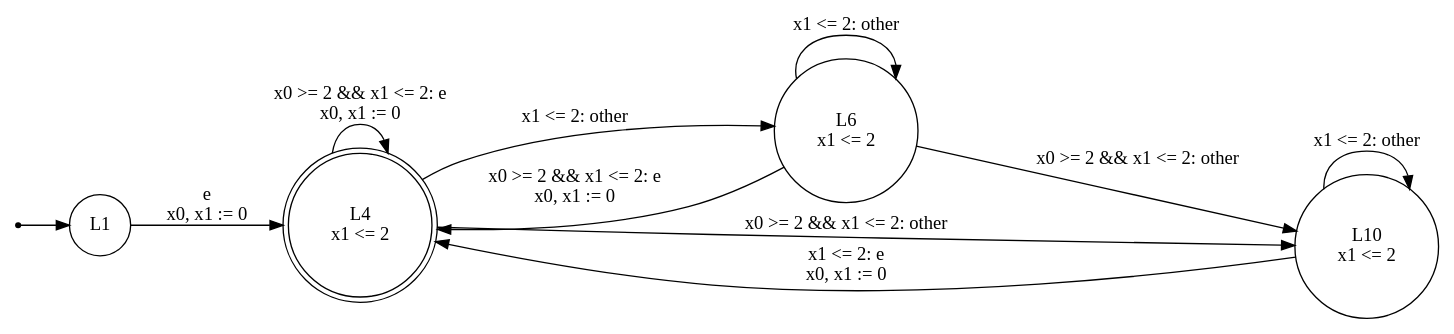
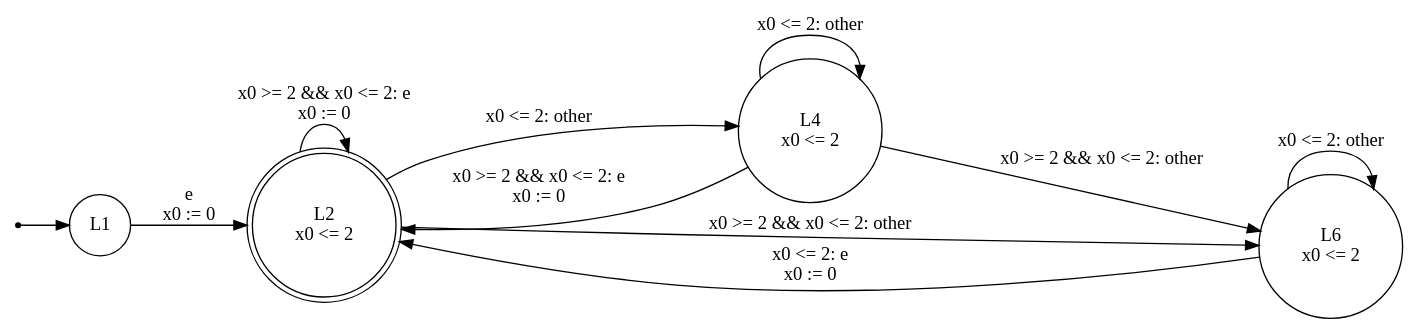
The diagram in evaluation/out/F13.dot (efares1/rocq-tba-optimization-uppaal-export), drawn with Graphviz before and after one commit. The commit also changed 268 other files, not shown here.

```diff
--- a/evaluation/out/F13.dot
+++ b/evaluation/out/F13.dot
@@ -1,19 +1,19 @@
 digraph TA {
   rankdir=LR;
   node [shape=circle];
   init [shape=point];
   init -> L1;
   L1 [shape=circle, label="L1"];
-  L4 [shape=doublecircle, label="L4\nx1 <= 2"];
-  L6 [shape=circle, label="L6\nx1 <= 2"];
-  L10 [shape=circle, label="L10\nx1 <= 2"];
-  L1 -> L4 [label="e\nx0, x1 := 0"];
-  L4 -> L4 [label="x0 >= 2 && x1 <= 2: e\nx0, x1 := 0"];
-  L4 -> L6 [label="x1 <= 2: other"];
-  L4 -> L10 [label="x0 >= 2 && x1 <= 2: other"];
-  L6 -> L4 [label="x0 >= 2 && x1 <= 2: e\nx0, x1 := 0"];
-  L6 -> L6 [label="x1 <= 2: other"];
-  L6 -> L10 [label="x0 >= 2 && x1 <= 2: other"];
-  L10 -> L4 [label="x1 <= 2: e\nx0, x1 := 0"];
-  L10 -> L10 [label="x1 <= 2: other"];
+  L2 [shape=doublecircle, label="L2\nx0 <= 2"];
+  L4 [shape=circle, label="L4\nx0 <= 2"];
+  L6 [shape=circle, label="L6\nx0 <= 2"];
+  L1 -> L2 [label="e\nx0 := 0"];
+  L2 -> L2 [label="x0 >= 2 && x0 <= 2: e\nx0 := 0"];
+  L2 -> L4 [label="x0 <= 2: other"];
+  L2 -> L6 [label="x0 >= 2 && x0 <= 2: other"];
+  L4 -> L2 [label="x0 >= 2 && x0 <= 2: e\nx0 := 0"];
+  L4 -> L4 [label="x0 <= 2: other"];
+  L4 -> L6 [label="x0 >= 2 && x0 <= 2: other"];
+  L6 -> L2 [label="x0 <= 2: e\nx0 := 0"];
+  L6 -> L6 [label="x0 <= 2: other"];
 }
```
